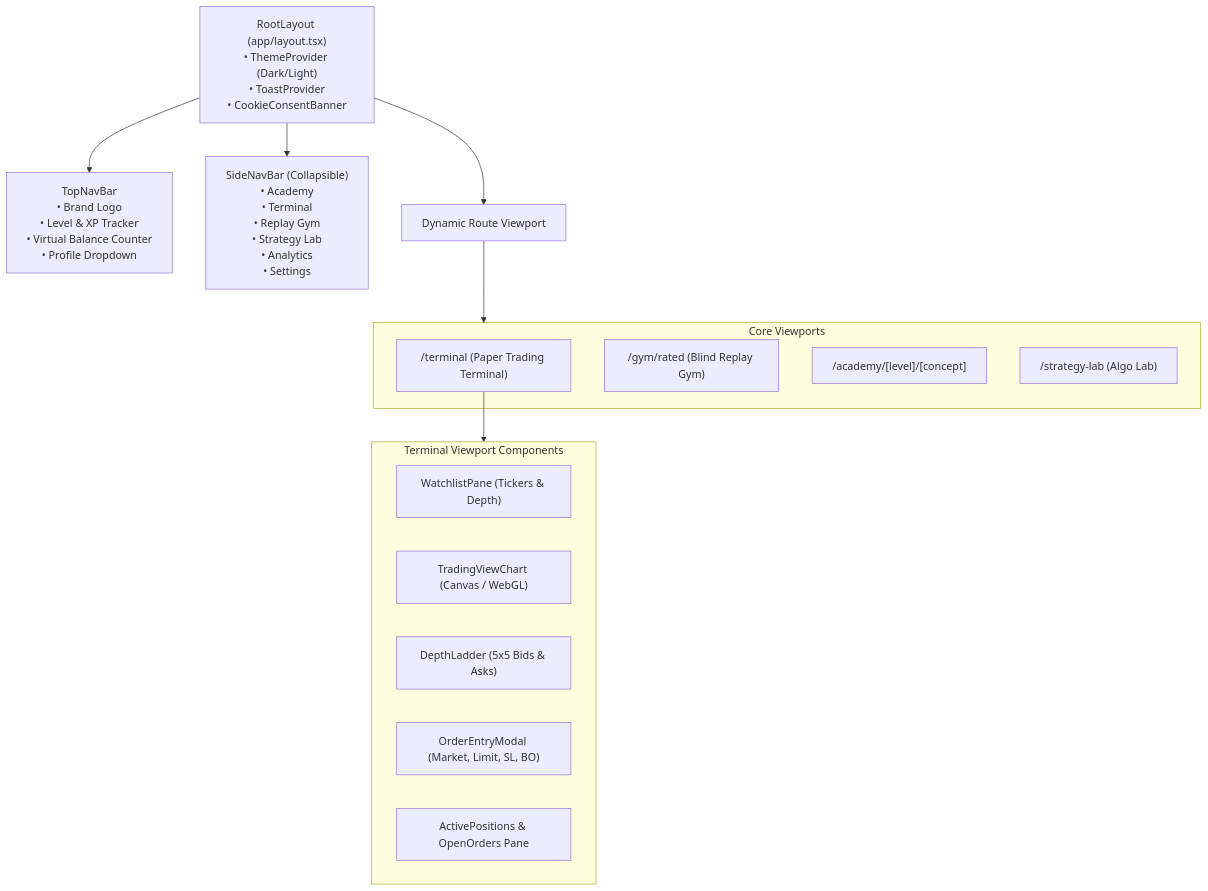
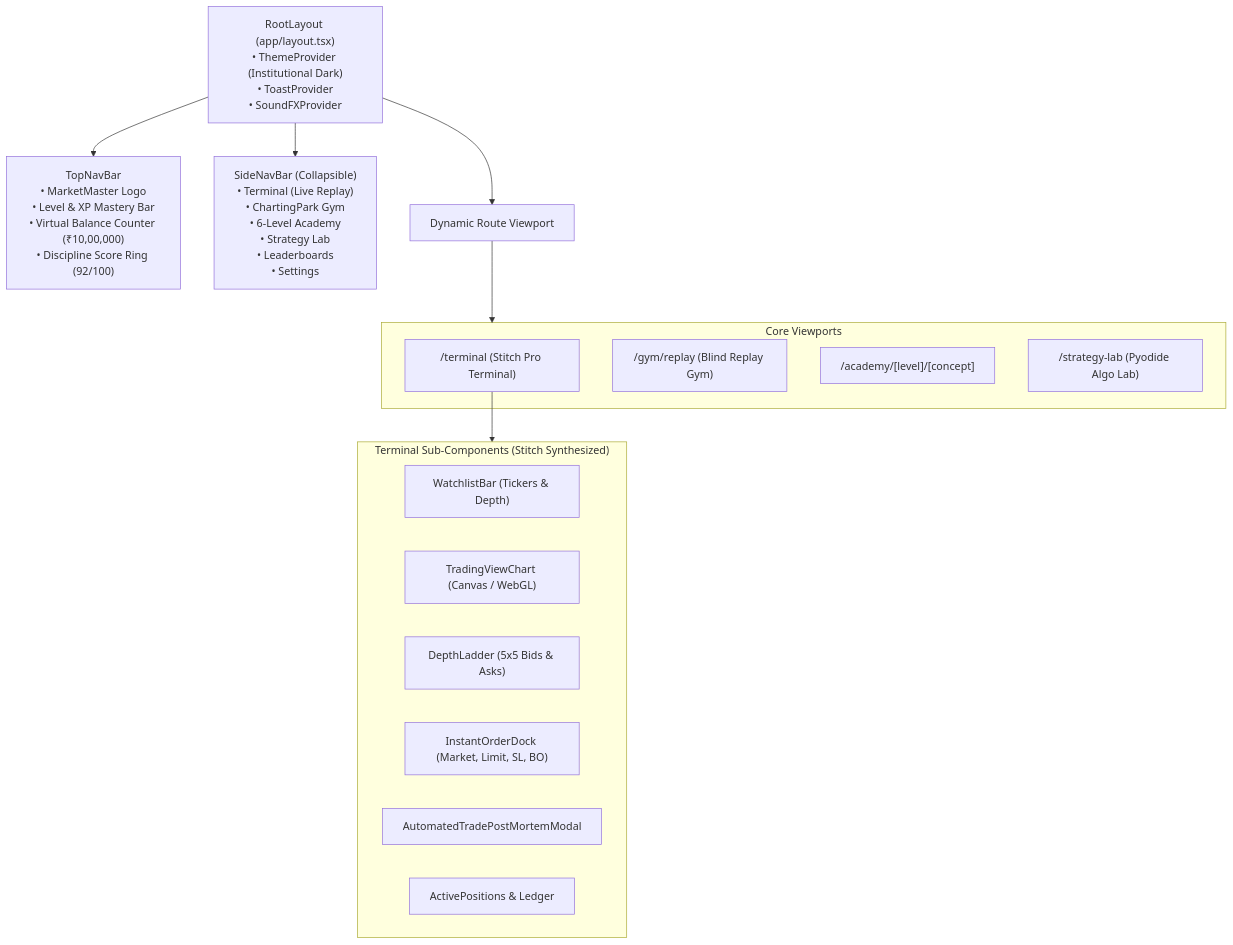
The first of 2 diagrams in docs/FRONTEND_ARCHITECTURE.md (dyannadle/MarketMaster), drawn with Mermaid before and after one commit. The commit also changed other lines of this file and 12 other files, not shown here.

Commit message:
feat: synchronize docs, add automation/test gating rules, transition to Python quant stack, and scaffold Stitch terminal UI

````diff
--- a/docs/FRONTEND_ARCHITECTURE.md
+++ b/docs/FRONTEND_ARCHITECTURE.md
@@ -10,28 +30,29 @@
 ```mermaid
 graph TD
-    RootLayout["RootLayout (app/layout.tsx)<br/>• ThemeProvider (Dark/Light)<br/>• ToastProvider<br/>• CookieConsentBanner"]
+    RootLayout["RootLayout (app/layout.tsx)<br/>• ThemeProvider (Institutional Dark)<br/>• ToastProvider<br/>• SoundFXProvider"]
     
-    RootLayout --> TopNav["TopNavBar<br/>• Brand Logo<br/>• Level & XP Tracker<br/>• Virtual Balance Counter<br/>• Profile Dropdown"]
-    RootLayout --> SideNav["SideNavBar (Collapsible)<br/>• Academy<br/>• Terminal<br/>• Replay Gym<br/>• Strategy Lab<br/>• Analytics<br/>• Settings"]
+    RootLayout --> TopNav["TopNavBar<br/>• MarketMaster Logo<br/>• Level & XP Mastery Bar<br/>• Virtual Balance Counter (₹10,00,000)<br/>• Discipline Score Ring (92/100)"]
+    RootLayout --> SideNav["SideNavBar (Collapsible)<br/>• Terminal (Live Replay)<br/>• ChartingPark Gym<br/>• 6-Level Academy<br/>• Strategy Lab<br/>• Leaderboards<br/>• Settings"]
     
     RootLayout --> MainContent["Dynamic Route Viewport"]
     
     subgraph Viewports["Core Viewports"]
-        TerminalPage["/terminal (Paper Trading Terminal)"]
-        GymPage["/gym/rated (Blind Replay Gym)"]
+        TerminalPage["/terminal (Stitch Pro Terminal)"]
+        GymPage["/gym/replay (Blind Replay Gym)"]
         AcademyPage["/academy/[level]/[concept]"]
-        LabPage["/strategy-lab (Algo Lab)"]
+        LabPage["/strategy-lab (Pyodide Algo Lab)"]
     end
     
     MainContent --> Viewports
 
-    subgraph TerminalComponents["Terminal Viewport Components"]
-        Watchlist["WatchlistPane (Tickers & Depth)"]
+    subgraph TerminalComponents["Terminal Sub-Components (Stitch Synthesized)"]
+        Watchlist["WatchlistBar (Tickers & Depth)"]
         Chart["TradingViewChart (Canvas / WebGL)"]
         OrderBook["DepthLadder (5x5 Bids & Asks)"]
-        OrderModal["OrderEntryModal (Market, Limit, SL, BO)"]
-        PositionsTable["ActivePositions & OpenOrders Pane"]
+        OrderDock["InstantOrderDock (Market, Limit, SL, BO)"]
+        PostMortemModal["AutomatedTradePostMortemModal"]
+        PositionsTable["ActivePositions & Ledger"]
     end
     
     TerminalPage --> TerminalComponents
 ```
````
